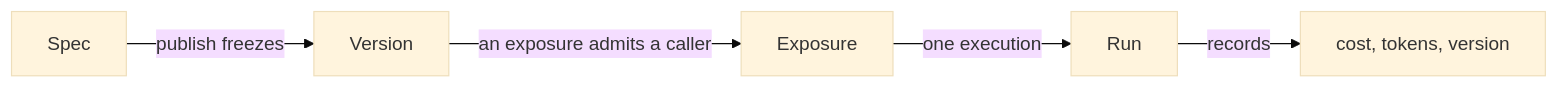
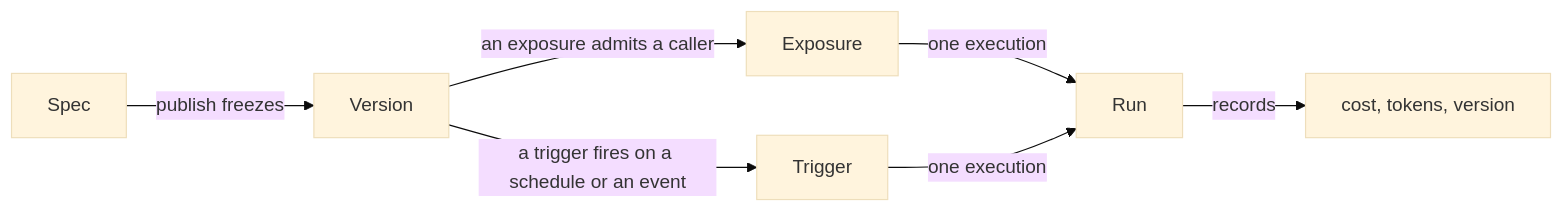
Before and after one commit to vstorm-co/agenticos: the diagram in docs/concepts.md, drawn with Mermaid (base theme). The commit also changed other lines of this file and 274 other files, not shown here.

````diff
--- a/docs/concepts.md
+++ b/docs/concepts.md
@@ -6,7 +6,9 @@
 ```mermaid
 graph LR
     S[Spec] -->|publish freezes| V[Version]
     V -->|an exposure admits a caller| E[Exposure]
+    V -->|a trigger fires on a schedule or an event| T[Trigger]
     E -->|one execution| R[Run]
+    T -->|one execution| R
     R -->|records| C[cost, tokens, version]
 ```
````
